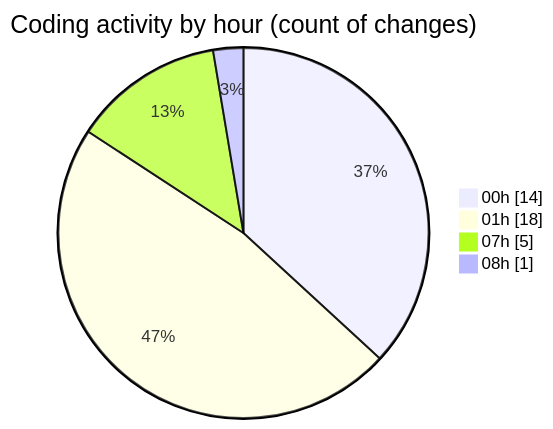
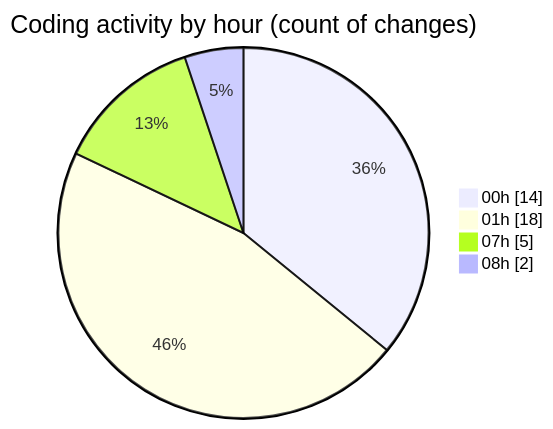
The second of 2 diagrams in 2025-06-23/studio-backend/README.md (idhammustaqopulfikri/code-tracking), drawn with Mermaid before and after one commit. The commit also changed other lines of this file and 1 other file, not shown here.

````diff
--- a/2025-06-23/studio-backend/README.md
+++ b/2025-06-23/studio-backend/README.md
@@ -30,8 +32,8 @@
 ```mermaid
 pie showData
 title Coding activity by hour (count of changes)
 "00h" : 14
 "01h" : 18
 "07h" : 5
-"08h" : 1
+"08h" : 2
 ```
````
